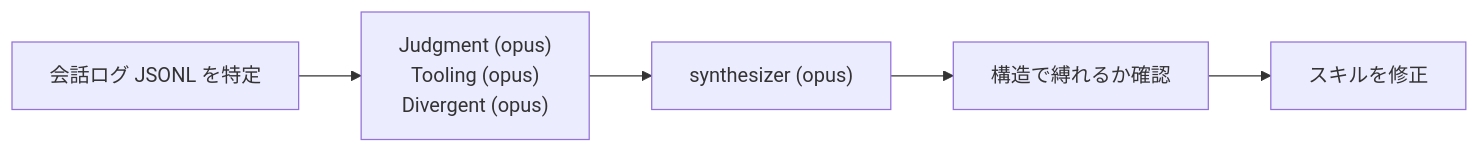
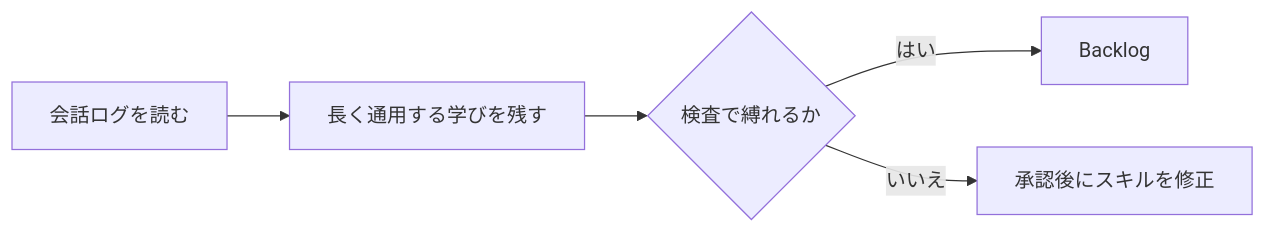
The ninth of 12 diagrams in pstack-cc/docs/skill-map.ja.md (souljazzfunk/lab), drawn with Mermaid before and after one commit. The commit also changed other lines of this file and 140 other files, not shown here.

First line of the commit message:
pstack: 上流 3fa33bb に追従し、reflect・architect・multi-phase-plan の簡素化と新しい既定に合わせる (#84)

````diff
--- a/pstack-cc/docs/skill-map.ja.md
+++ b/pstack-cc/docs/skill-map.ja.md
@@ -171,7 +169,7 @@
 ```mermaid
 flowchart LR
-  A[会話ログ JSONL を特定] --> B["Judgment (opus)<br/>Tooling (opus)<br/>Divergent (opus)"]
-  B --> C["synthesizer (opus)"]
-  C --> D[構造で縛れるか確認]
-  D --> E[スキルを修正]
+  A[会話ログを読む] --> B[長く通用する学びを残す]
+  B --> C{検査で縛れるか}
+  C -->|はい| D[Backlog]
+  C -->|いいえ| E[承認後にスキルを修正]
 ```
````
